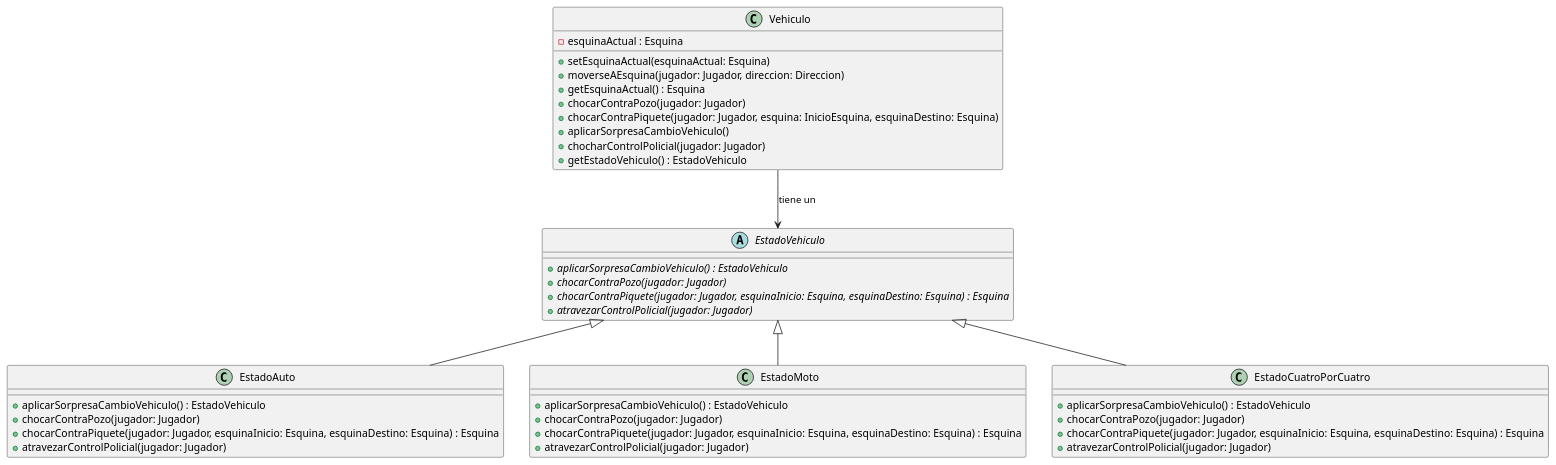
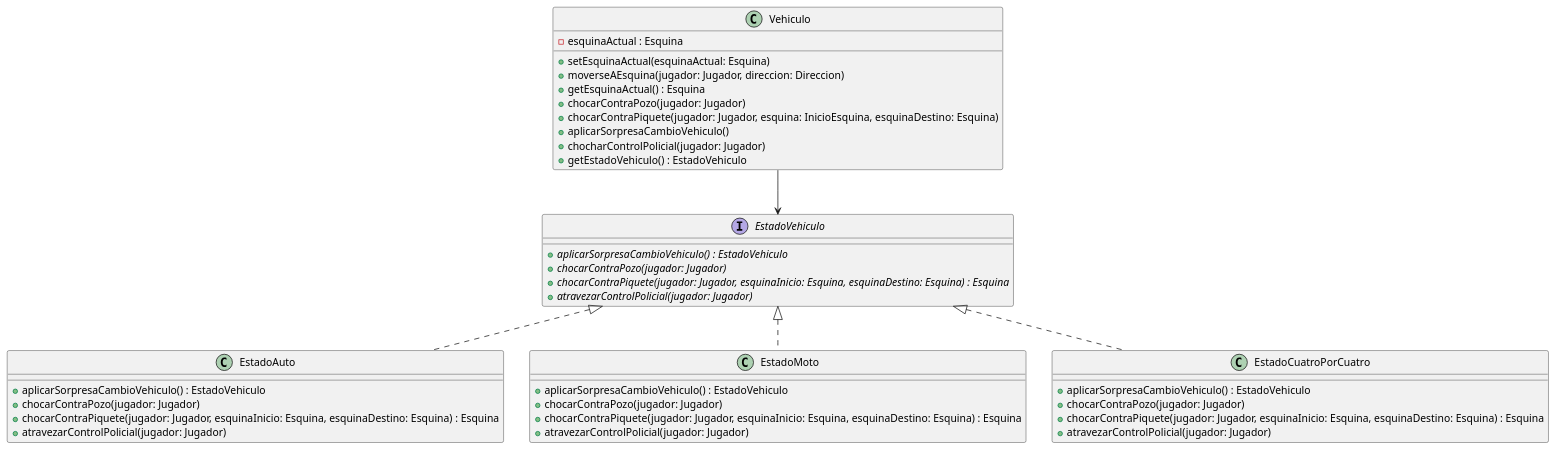
Before and after one commit to TP2Algo3FIUBA/tp2: the diagram in diagrams/classes/vehiculo.plantuml, drawn with PlantUML. The commit also changed 4 other files, not shown here.

Commit message:
Cambio de clase Abstracta a Interface Estado del Vehiculo

```diff
--- a/diagrams/classes/vehiculo.plantuml
+++ b/diagrams/classes/vehiculo.plantuml
@@ -1,48 +1,48 @@
 @startuml
 
-    abstract class EstadoVehiculo {
+   interface EstadoVehiculo {
         + {abstract} aplicarSorpresaCambioVehiculo() : EstadoVehiculo
         + {abstract} chocarContraPozo(jugador: Jugador)
         + {abstract} chocarContraPiquete(jugador: Jugador, esquinaInicio: Esquina, esquinaDestino: Esquina) : Esquina
         + {abstract} atravezarControlPolicial(jugador: Jugador)
     }
 
     class EstadoAuto {
         + aplicarSorpresaCambioVehiculo() : EstadoVehiculo
         + chocarContraPozo(jugador: Jugador)
         + chocarContraPiquete(jugador: Jugador, esquinaInicio: Esquina, esquinaDestino: Esquina) : Esquina
         + atravezarControlPolicial(jugador: Jugador)
     }
 
     class EstadoMoto {
         + aplicarSorpresaCambioVehiculo() : EstadoVehiculo
         + chocarContraPozo(jugador: Jugador)
         + chocarContraPiquete(jugador: Jugador, esquinaInicio: Esquina, esquinaDestino: Esquina) : Esquina
         + atravezarControlPolicial(jugador: Jugador)
     }
 
     class EstadoCuatroPorCuatro {
         + aplicarSorpresaCambioVehiculo() : EstadoVehiculo
         + chocarContraPozo(jugador: Jugador)
         + chocarContraPiquete(jugador: Jugador, esquinaInicio: Esquina, esquinaDestino: Esquina) : Esquina
         + atravezarControlPolicial(jugador: Jugador)
     }
 
     class Vehiculo {
         - esquinaActual : Esquina
         + setEsquinaActual(esquinaActual: Esquina)
         + moverseAEsquina(jugador: Jugador, direccion: Direccion)
         + getEsquinaActual() : Esquina
         + chocarContraPozo(jugador: Jugador)
         + chocarContraPiquete(jugador: Jugador, esquina: InicioEsquina, esquinaDestino: Esquina)
         + aplicarSorpresaCambioVehiculo()
         + chocharControlPolicial(jugador: Jugador)
         + getEstadoVehiculo() : EstadoVehiculo
     }
 
-   Vehiculo --> EstadoVehiculo : tiene un
-   EstadoVehiculo <|-- EstadoAuto
-   EstadoVehiculo <|-- EstadoMoto
-   EstadoVehiculo <|-- EstadoCuatroPorCuatro
+   Vehiculo --> EstadoVehiculo
+   EstadoVehiculo <|.. EstadoAuto
+   EstadoVehiculo <|.. EstadoMoto
+   EstadoVehiculo <|.. EstadoCuatroPorCuatro
 
 @enduml
```
